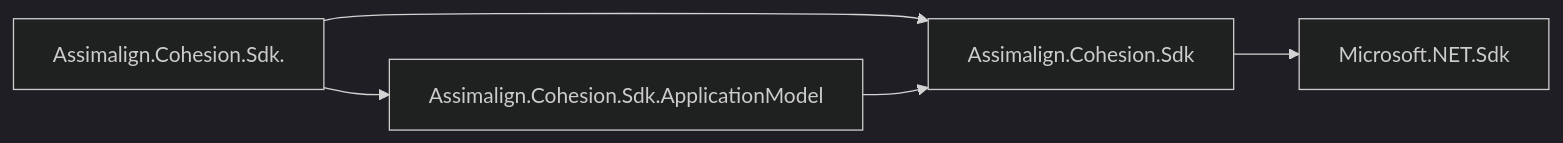
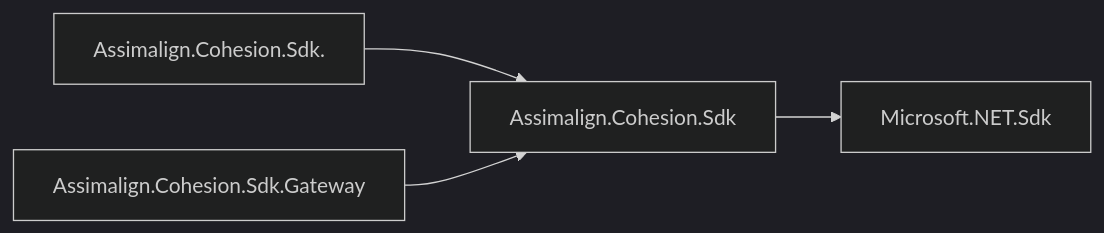
One commit to assimalign/cohesion changed the diagram in sdks/Assimalign.Cohesion.Sdk/Tasks/docs/DESIGN.md. Above: the diagram before and after it, drawn with Mermaid (dark theme). The commit also changed other lines of this file and 436 other files, not shown here.

First line of the commit message:
refactor(sdks): retire Sdk.ApplicationModel and slim Sdk.Gateway

````diff
--- a/sdks/Assimalign.Cohesion.Sdk/Tasks/docs/DESIGN.md
+++ b/sdks/Assimalign.Cohesion.Sdk/Tasks/docs/DESIGN.md
@@ -13,7 +14,6 @@
 ```mermaid
 flowchart LR
     Area["Assimalign.Cohesion.Sdk.<Area>"] --> Base["Assimalign.Cohesion.Sdk"]
-    Area --> Model["Assimalign.Cohesion.Sdk.ApplicationModel"]
-    Model --> Base
+    Gateway["Assimalign.Cohesion.Sdk.Gateway"] --> Base
     Base --> DotNet["Microsoft.NET.Sdk"]
 ```
````
